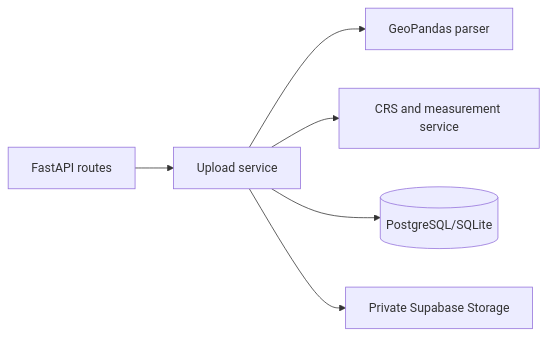
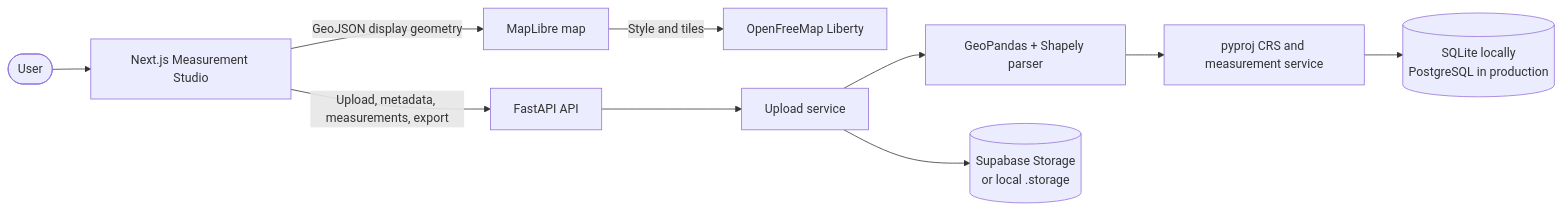
Before and after one commit to NobinSijo7T/aereo-geo-spatial-API: the diagram in README.md, drawn with Mermaid. The commit also changed other lines of this file and 1 other file, not shown here.

````diff
--- a/README.md
+++ b/README.md
@@ -84,8 +23,19 @@
 ```mermaid
 flowchart LR
-  API[FastAPI routes] --> Upload[Upload service]
-  Upload --> Parser[GeoPandas parser]
-  Upload --> CRS[CRS and measurement service]
-  Upload --> DB[(PostgreSQL/SQLite)]
-  Upload --> Storage[Private Supabase Storage]
+    User([User]) --> Workspace[Next.js Measurement Studio]
+    Workspace -->|Upload, metadata, measurements, export| API[FastAPI API]
+    Workspace -->|GeoJSON display geometry| Map[MapLibre map]
+    Map -->|Style and tiles| Tiles[OpenFreeMap Liberty]
+    API --> Upload[Upload service]
+    Upload --> Parser[GeoPandas + Shapely parser]
+    Parser --> CRS[pyproj CRS and measurement service]
+    CRS --> DB[(SQLite locally<br/>PostgreSQL in production)]
+    Upload --> Storage[(Supabase Storage<br/>or local .storage)]
+
+    click Workspace "https://nextjs.org/docs" "Next.js documentation"
+    click API "https://fastapi.tiangolo.com/" "FastAPI documentation"
+    click Map "https://maplibre.org/maplibre-gl-js/docs/" "MapLibre documentation"
+    click Tiles "https://openfreemap.org/" "OpenFreeMap"
+    click Parser "https://geopandas.org/" "GeoPandas documentation"
+    click CRS "https://pyproj4.github.io/pyproj/stable/" "pyproj documentation"
 ```
````
